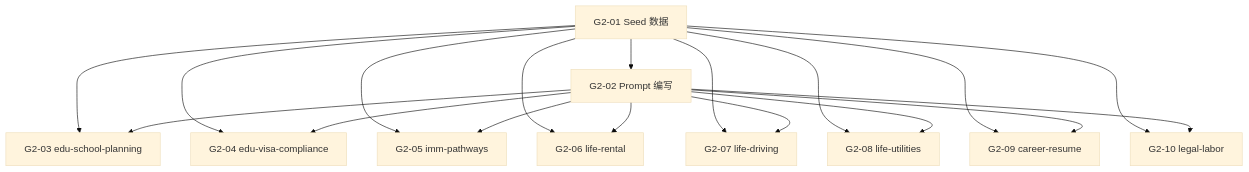
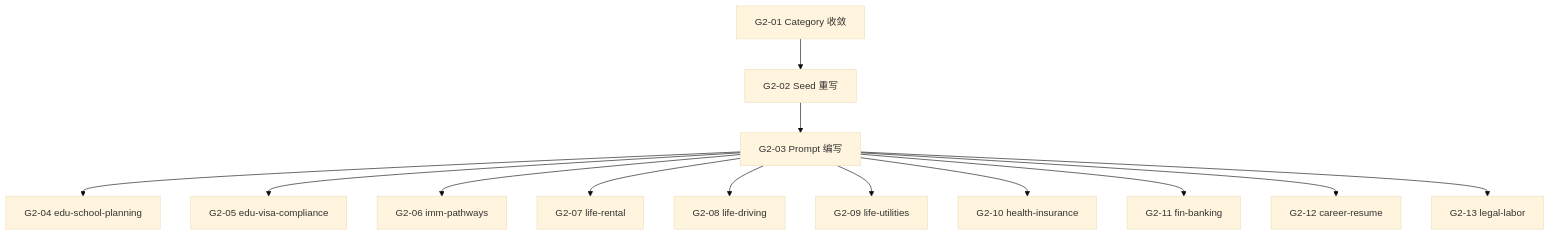
The diagram in .agent/workflows/rag-dev-v3/roadmap/31-sprint-g2-canada-p0.md (zhizhunbao/textbook-rag), drawn with Mermaid (base theme) before and after one commit. The commit also changed other lines of this file and 67 other files, not shown here.

````diff
--- a/.agent/workflows/rag-dev-v3/roadmap/31-sprint-g2-canada-p0.md
+++ b/.agent/workflows/rag-dev-v3/roadmap/31-sprint-g2-canada-p0.md
@@ -474,20 +306,15 @@
 ```mermaid
 graph TD
-    G201["G2-01 Seed 数据"] --> G202["G2-02 Prompt 编写"]
-    G201 --> G203["G2-03 edu-school-planning"]
-    G201 --> G204["G2-04 edu-visa-compliance"]
-    G201 --> G205["G2-05 imm-pathways"]
-    G201 --> G206["G2-06 life-rental"]
-    G201 --> G207["G2-07 life-driving"]
-    G201 --> G208["G2-08 life-utilities"]
-    G201 --> G209["G2-09 career-resume"]
-    G201 --> G210["G2-10 legal-labor"]
-    G202 --> G203
-    G202 --> G204
-    G202 --> G205
-    G202 --> G206
-    G202 --> G207
-    G202 --> G208
-    G202 --> G209
-    G202 --> G210
+    G201["G2-01 Category 收敛"] --> G202["G2-02 Seed 重写"]
+    G202 --> G203["G2-03 Prompt 编写"]
+    G203 --> G204["G2-04 edu-school-planning"]
+    G203 --> G205["G2-05 edu-visa-compliance"]
+    G203 --> G206["G2-06 imm-pathways"]
+    G203 --> G207["G2-07 life-rental"]
+    G203 --> G208["G2-08 life-driving"]
+    G203 --> G209["G2-09 life-utilities"]
+    G203 --> G210["G2-10 health-insurance"]
+    G203 --> G211["G2-11 fin-banking"]
+    G203 --> G212["G2-12 career-resume"]
+    G203 --> G213["G2-13 legal-labor"]
 ```
````
